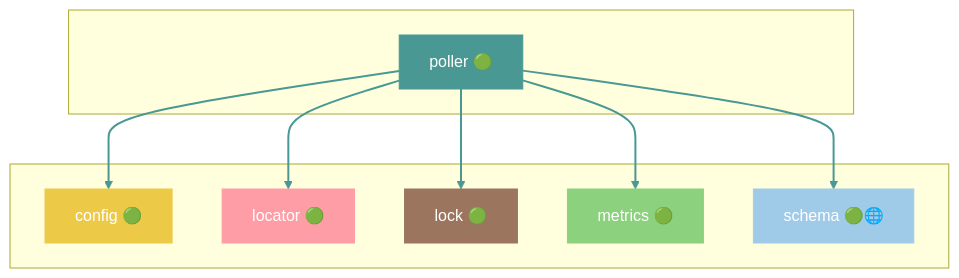
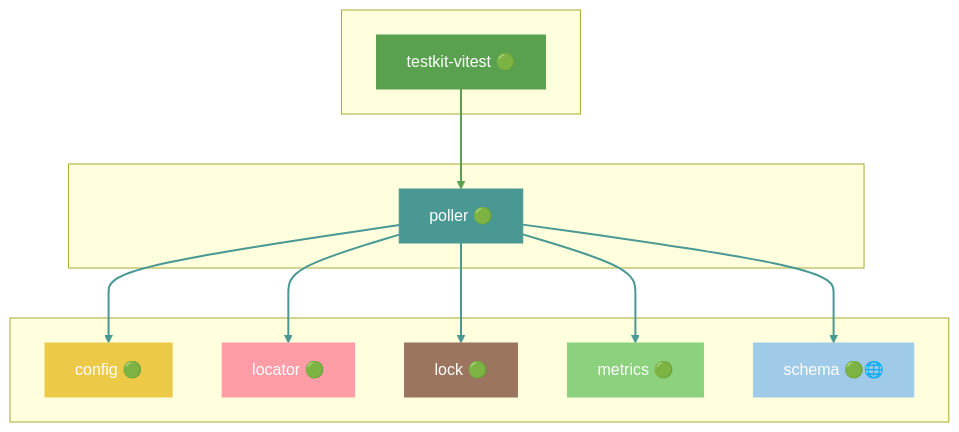
Before and after one commit to grest-ts/grest-ts: diagram 33 of 45 in docs/DEPENDENCIES.md, drawn with Mermaid. The commit also changed other lines of this file and 22 other files, not shown here.

````diff
--- a/docs/DEPENDENCIES.md
+++ b/docs/DEPENDENCIES.md
@@ -1587,29 +1641,35 @@
 ```mermaid
 flowchart TB
+    subgraph Dependents[" "]
+        testkit-vitest["testkit-vitest 🟢"]
+    end
     subgraph Package[" "]
         poller["poller 🟢"]
     end
     subgraph Dependencies[" "]
         config["config 🟢"]
         locator["locator 🟢"]
         lock["lock 🟢"]
         metrics["metrics 🟢"]
         schema["schema 🟢🌐"]
     end
+    testkit-vitest --> poller
     poller --> config
     poller --> locator
     poller --> lock
     poller --> metrics
     poller --> schema
     style poller fill:#499894,stroke:#499894,color:#fff
+    style testkit-vitest fill:#59A14F,stroke:#59A14F,color:#fff
     style config fill:#EDC948,stroke:#EDC948,color:#fff
     style locator fill:#FF9DA7,stroke:#FF9DA7,color:#fff
     style lock fill:#9C755F,stroke:#9C755F,color:#fff
     style metrics fill:#8CD17D,stroke:#8CD17D,color:#fff
     style schema fill:#A0CBE8,stroke:#A0CBE8,color:#fff
-    linkStyle 0 stroke:#499894,stroke-width:2px
+    linkStyle 0 stroke:#59A14F,stroke-width:2px
     linkStyle 1 stroke:#499894,stroke-width:2px
     linkStyle 2 stroke:#499894,stroke-width:2px
     linkStyle 3 stroke:#499894,stroke-width:2px
     linkStyle 4 stroke:#499894,stroke-width:2px
+    linkStyle 5 stroke:#499894,stroke-width:2px
 ```
````
